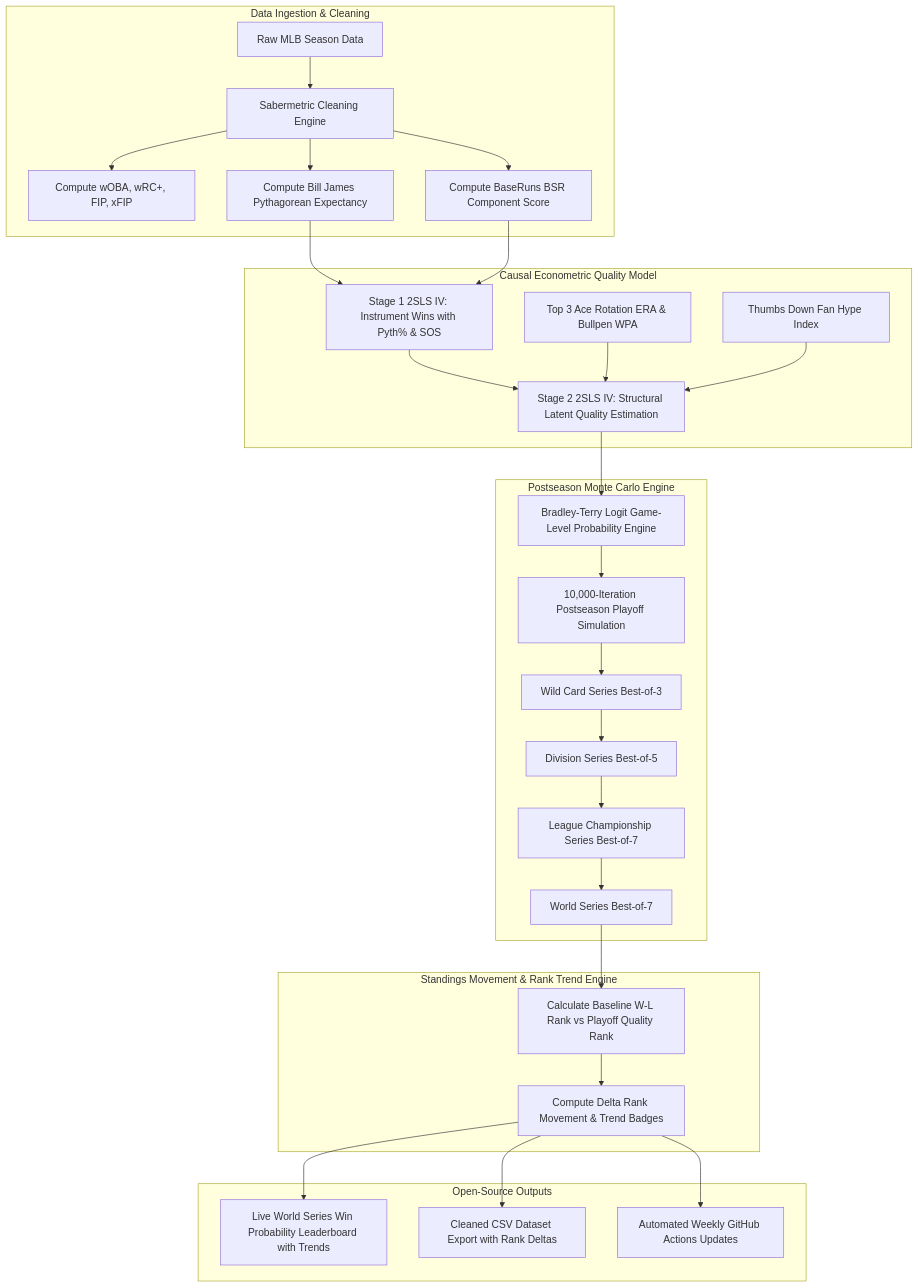
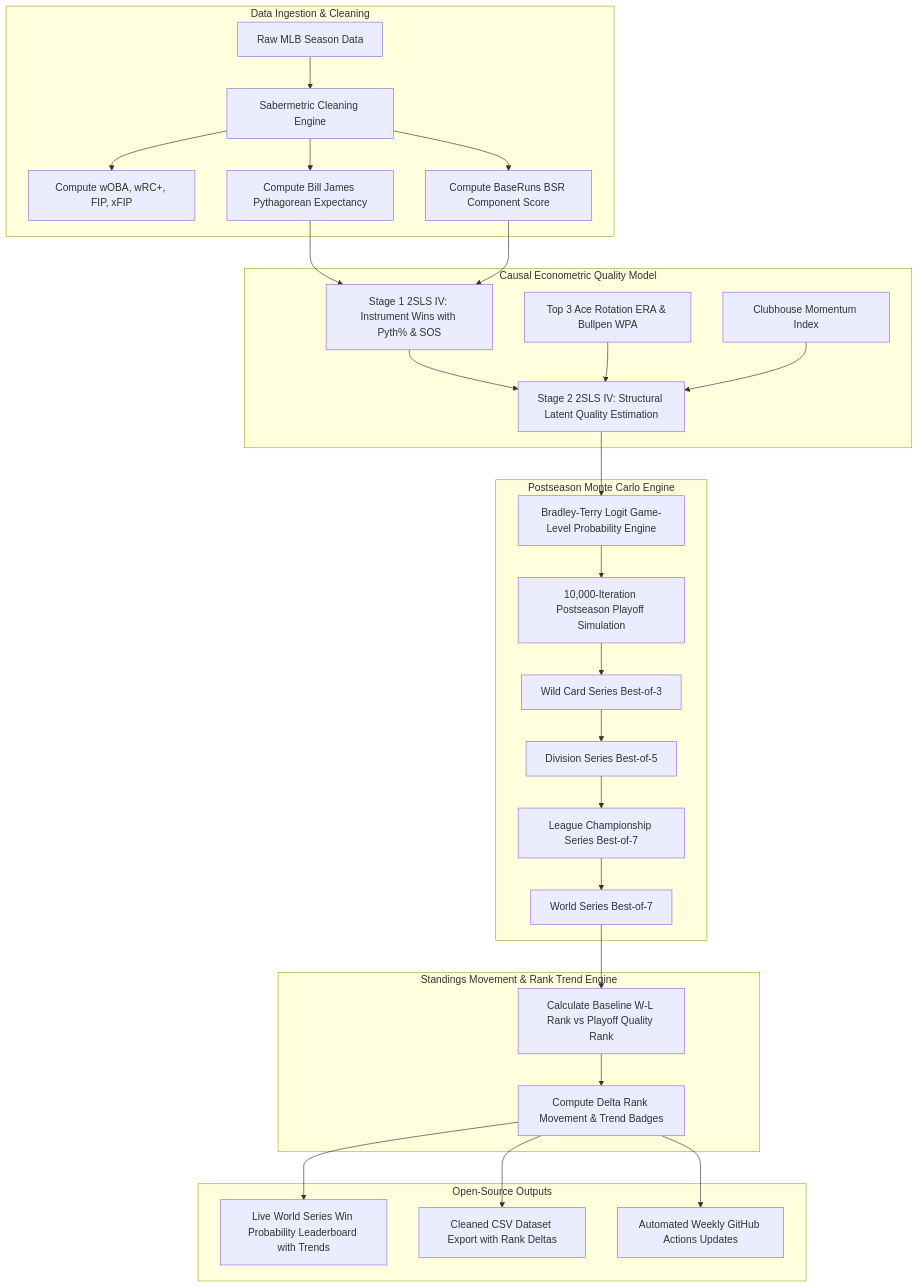
The diagram in README.md (brentmzey/mlb_sabermetric_worldseries_kmp), drawn with Mermaid before and after one commit. The commit also changed other lines of this file and 6 other files, not shown here.

Commit message:
refactor: remove Thumbs Down Rally references and standardize Clubhouse Momentum Index

````diff
--- a/README.md
+++ b/README.md
@@ -51,37 +51,37 @@
 ```mermaid
 flowchart TD
     subgraph Data Ingestion & Cleaning
         A[Raw MLB Season Data] --> B[Sabermetric Cleaning Engine]
         B --> C[Compute wOBA, wRC+, FIP, xFIP]
         B --> D[Compute Bill James Pythagorean Expectancy]
         B --> E[Compute BaseRuns BSR Component Score]
     end
 
     subgraph Causal Econometric Quality Model
         D --> F[Stage 1 2SLS IV: Instrument Wins with Pyth% & SOS]
         E --> F
         F --> G[Stage 2 2SLS IV: Structural Latent Quality Estimation]
         H[Top 3 Ace Rotation ERA & Bullpen WPA] --> G
-        I[Thumbs Down Fan Hype Index] --> G
+        I[Clubhouse Momentum Index] --> G
     end
 
     subgraph Postseason Monte Carlo Engine
         G --> J[Bradley-Terry Logit Game-Level Probability Engine]
         J --> K[10,000-Iteration Postseason Playoff Simulation]
         K --> L[Wild Card Series Best-of-3]
         L --> M[Division Series Best-of-5]
         M --> N[League Championship Series Best-of-7]
         N --> O[World Series Best-of-7]
     end
 
     subgraph Standings Movement & Rank Trend Engine
         O --> P[Calculate Baseline W-L Rank vs Playoff Quality Rank]
         P --> Q[Compute Delta Rank Movement & Trend Badges]
     end
 
     subgraph Open-Source Outputs
         Q --> R[Live World Series Win Probability Leaderboard with Trends]
         Q --> S[Cleaned CSV Dataset Export with Rank Deltas]
         Q --> T[Automated Weekly GitHub Actions Updates]
     end
 ```
````
